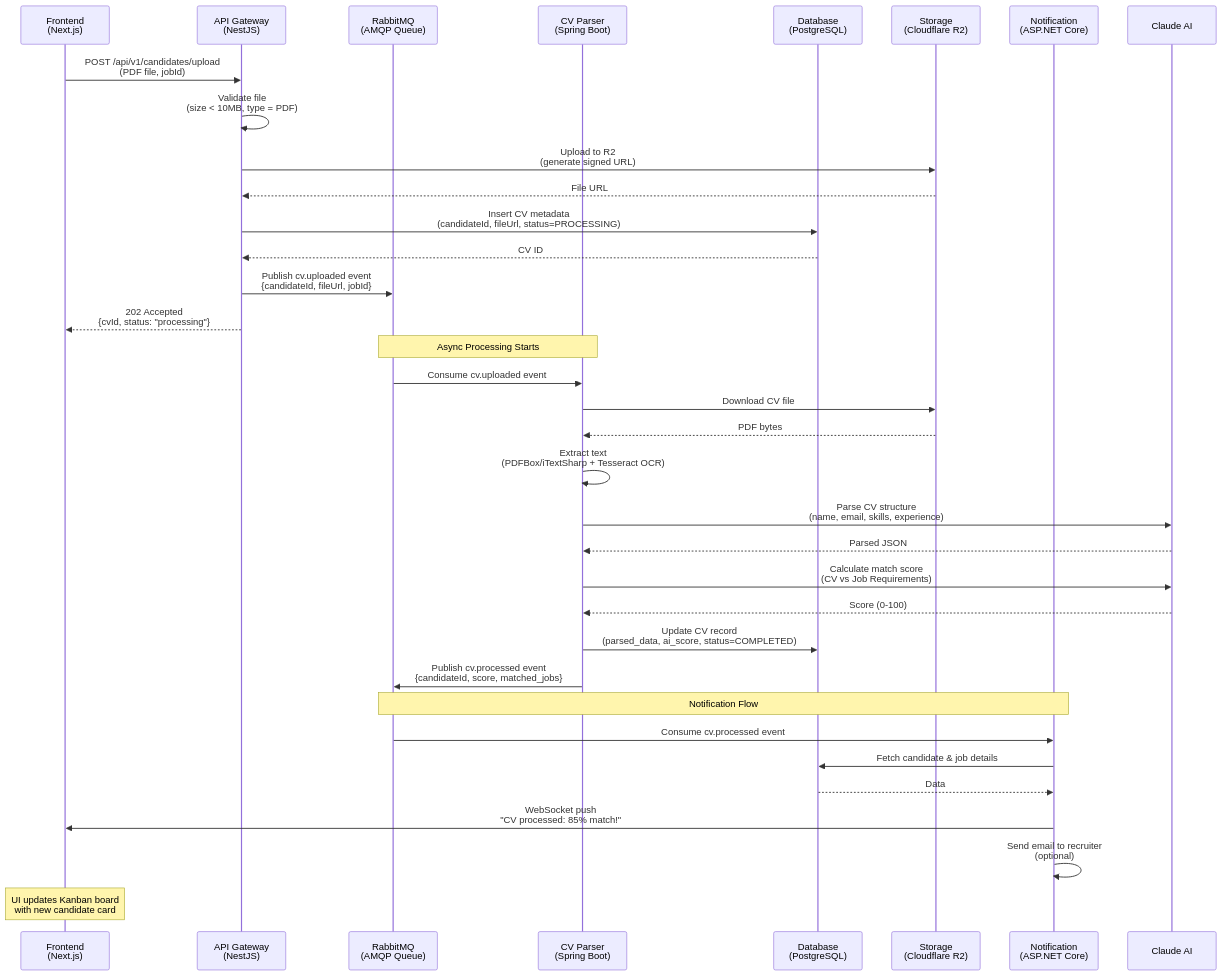
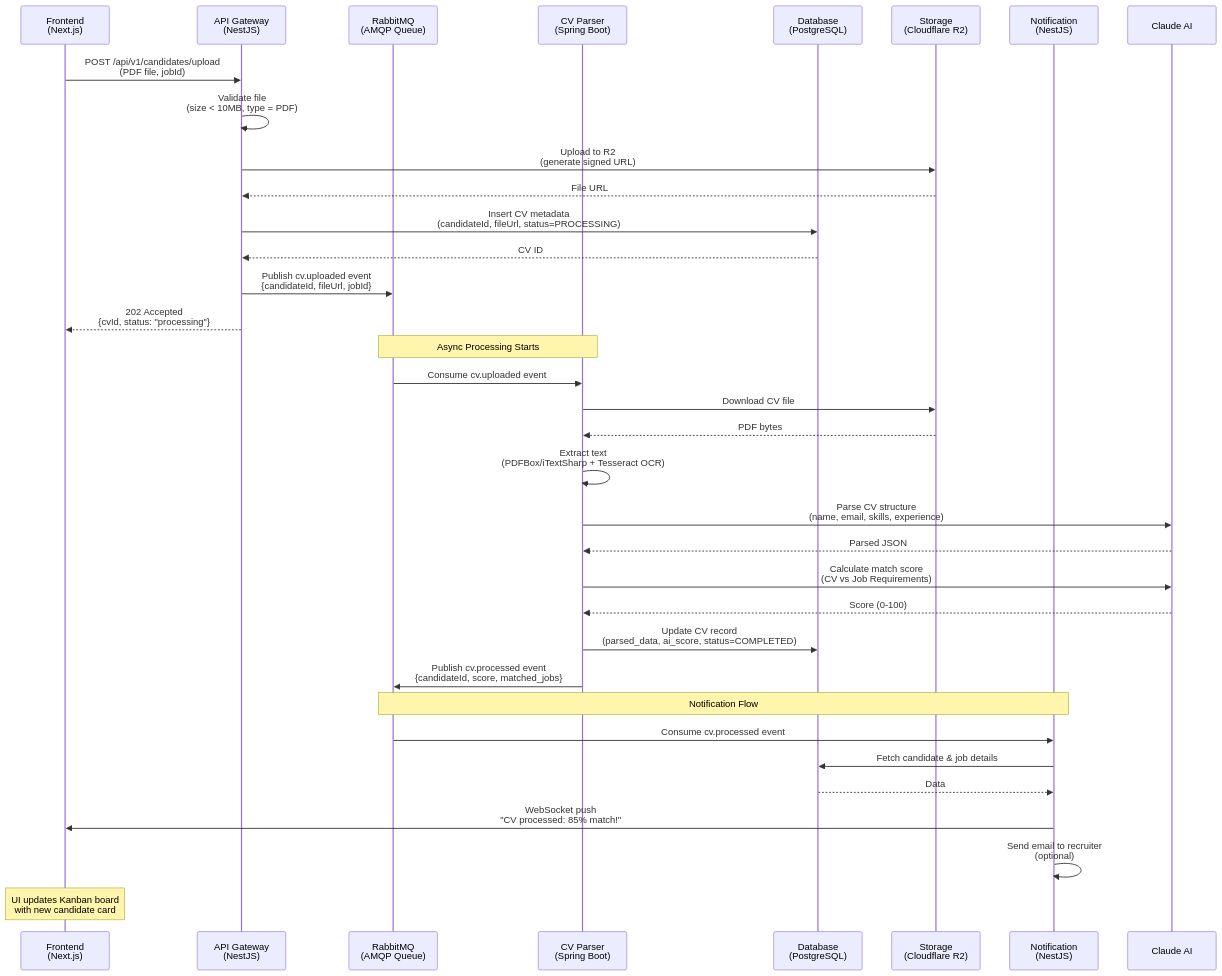
One commit to vuongng2212/TalentFlow-AI-Backend changed the diagram in docs/API_REFERENCE.md. Above: the diagram before and after it, drawn with Mermaid. The commit also changed 14 other files, not shown here.

````diff
--- a/docs/API_REFERENCE.md
+++ b/docs/API_REFERENCE.md
@@ -31,44 +31,44 @@
 ```mermaid
 sequenceDiagram
     participant F as Frontend<br/>(Next.js)
     participant A as API Gateway<br/>(NestJS)
     participant Q as RabbitMQ<br/>(AMQP Queue)
     participant P as CV Parser<br/>(Spring Boot)
     participant D as Database<br/>(PostgreSQL)
     participant R as Storage<br/>(Cloudflare R2)
-    participant N as Notification<br/>(ASP.NET Core)
+    participant N as Notification<br/>(NestJS)
     participant AI as Claude AI
 
     %% Upload Phase
     F->>A: POST /api/v1/candidates/upload<br/>(PDF file, jobId)
     A->>A: Validate file<br/>(size < 10MB, type = PDF)
     A->>R: Upload to R2<br/>(generate signed URL)
     R-->>A: File URL
     A->>D: Insert CV metadata<br/>(candidateId, fileUrl, status=PROCESSING)
     D-->>A: CV ID
     A->>Q: Publish cv.uploaded event<br/>{candidateId, fileUrl, jobId}
     A-->>F: 202 Accepted<br/>{cvId, status: "processing"}
 
     %% Processing Phase
     Note over Q,P: Async Processing Starts
     Q->>P: Consume cv.uploaded event
     P->>R: Download CV file
     R-->>P: PDF bytes
     P->>P: Extract text<br/>(PDFBox/iTextSharp + Tesseract OCR)
     P->>AI: Parse CV structure<br/>(name, email, skills, experience)
     AI-->>P: Parsed JSON
     P->>AI: Calculate match score<br/>(CV vs Job Requirements)
     AI-->>P: Score (0-100)
     P->>D: Update CV record<br/>(parsed_data, ai_score, status=COMPLETED)
     P->>Q: Publish cv.processed event<br/>{candidateId, score, matched_jobs}
 
     %% Notification Phase
     Note over Q,N: Notification Flow
     Q->>N: Consume cv.processed event
     N->>D: Fetch candidate & job details
     D-->>N: Data
     N->>F: WebSocket push<br/>"CV processed: 85% match!"
     N->>N: Send email to recruiter<br/>(optional)
 
     Note over F: UI updates Kanban board<br/>with new candidate card
 ```
````
